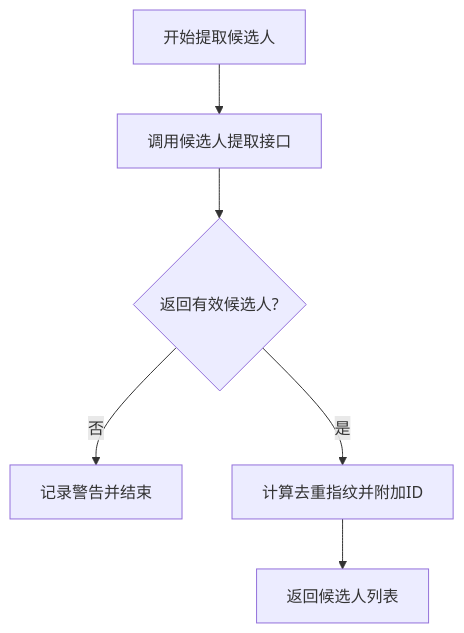
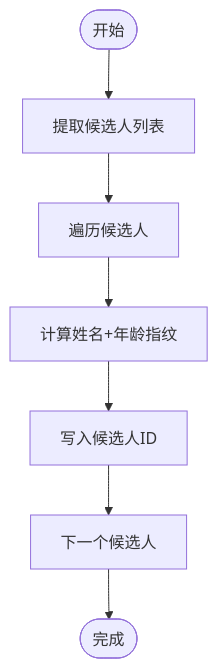
One commit to alvinwangzi/goodhr changed the fifth of 8 diagrams in .qoder/repowiki/zh/content/本地执行器/平台适配器/Boss直聘适配器/Boss直聘适配器.md. Above: the diagram before and after it, drawn with Mermaid. The commit also changed other lines of this file and 149 other files, not shown here.

````diff
--- a/.qoder/repowiki/zh/content/本地执行器/平台适配器/Boss直聘适配器/Boss直聘适配器.md
+++ b/.qoder/repowiki/zh/content/本地执行器/平台适配器/Boss直聘适配器/Boss直聘适配器.md
@@ -215,8 +253,9 @@
 ```mermaid
 flowchart TD
-A["开始提取候选人"] --> B["调用候选人提取接口"]
-B --> C{"返回有效候选人?"}
-C -- 否 --> E["记录警告并结束"]
-C -- 是 --> D["计算去重指纹并附加ID"]
-D --> F["返回候选人列表"]
+Start(["开始"]) --> ExtractCandidates["提取候选人列表"]
+ExtractCandidates --> ForEach["遍历候选人"]
+ForEach --> ComputeFingerprint["计算姓名+年龄指纹"]
+ComputeFingerprint --> AssignID["写入候选人ID"]
+AssignID --> Next["下一个候选人"]
+Next --> Done(["完成"])
 ```
````
